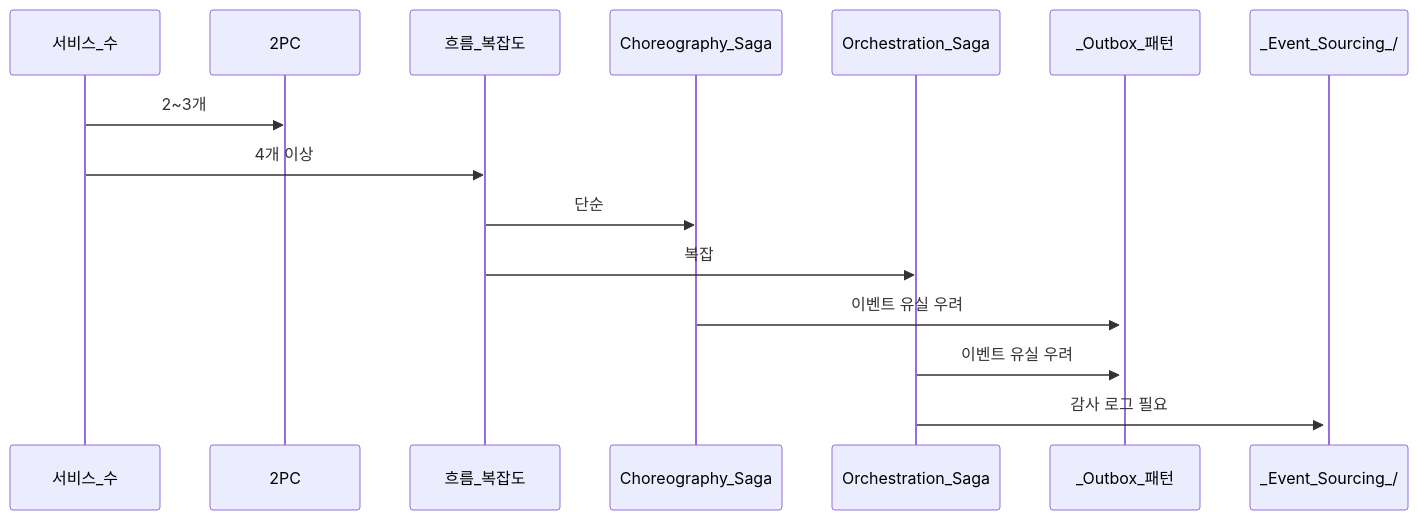
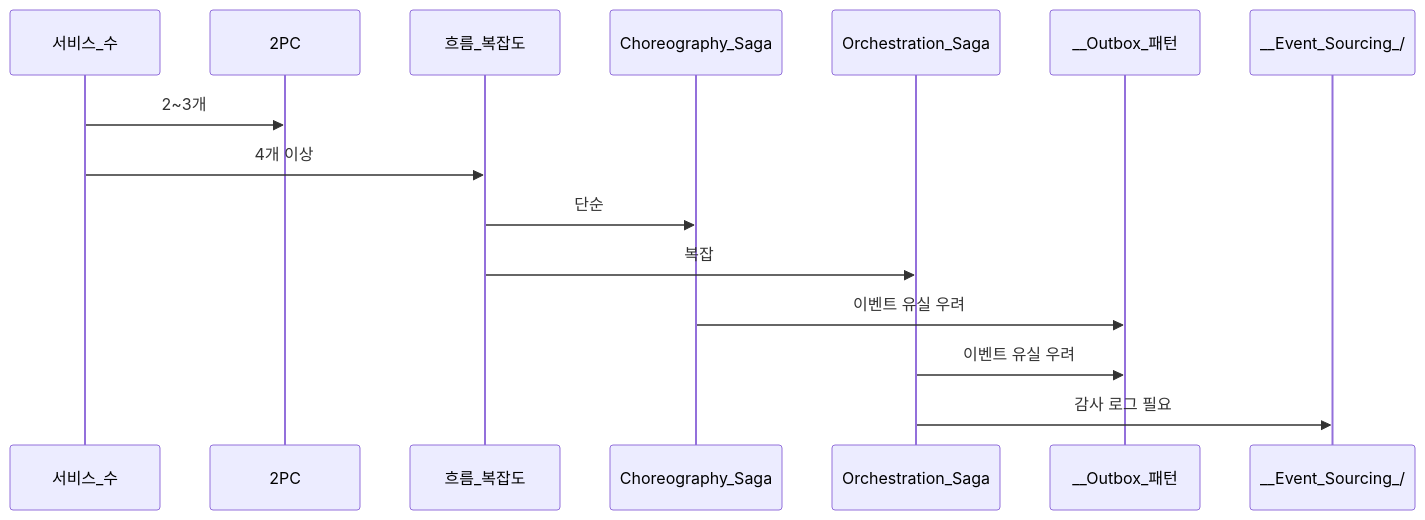
Before and after one commit to yjkim2015/yjkim2015.github.io: diagram 14 of 14 in _posts/architecture/2026-05-02-distributed-transaction-deep.md, drawn with Mermaid. The commit also changed 38 other files, not shown here.

First line of the commit message:
Mermaid 파싱 에러 최종 수정 + 화살표 간격 확대

````diff
--- a/_posts/architecture/2026-05-02-distributed-transaction-deep.md
+++ b/_posts/architecture/2026-05-02-distributed-transaction-deep.md
@@ -590,10 +590,10 @@
 ```mermaid
 sequenceDiagram
     서비스_수->>2PC: 2~3개
     서비스_수->>흐름_복잡도: 4개 이상
     흐름_복잡도->>Choreography_Saga: 단순
     흐름_복잡도->>Orchestration_Saga: 복잡
-    Choreography_Saga->>+_Outbox_패턴: 이벤트 유실 우려
-    Orchestration_Saga->>+_Outbox_패턴: 이벤트 유실 우려
-    Orchestration_Saga->>+_Event_Sourcing_/: 감사 로그 필요
+    Choreography_Saga->>__Outbox_패턴: 이벤트 유실 우려
+    Orchestration_Saga->>__Outbox_패턴: 이벤트 유실 우려
+    Orchestration_Saga->>__Event_Sourcing_/: 감사 로그 필요
 ```
````
